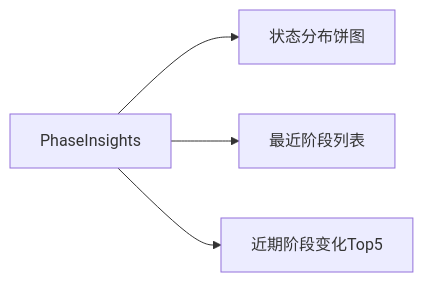
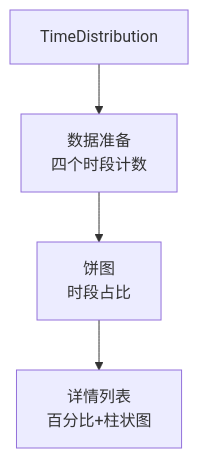
The ninth of 14 diagrams in .qoder/repowiki/zh/content/核心功能模块/洞察分析系统/洞察分析系统.md (bbong1234/TETO), drawn with Mermaid before and after one commit. The commit also changed other lines of this file and 10 other files, not shown here.

````diff
--- a/.qoder/repowiki/zh/content/核心功能模块/洞察分析系统/洞察分析系统.md
+++ b/.qoder/repowiki/zh/content/核心功能模块/洞察分析系统/洞察分析系统.md
@@ -230,6 +307,6 @@
 ```mermaid
-graph LR
-P["PhaseInsights"] --> PD["状态分布饼图"]
-P --> RP["最近阶段列表"]
-P --> CH["近期阶段变化Top5"]
+flowchart TD
+A["TimeDistribution"] --> B["数据准备<br/>四个时段计数"]
+B --> C["饼图<br/>时段占比"]
+C --> D["详情列表<br/>百分比+柱状图"]
 ```
````
